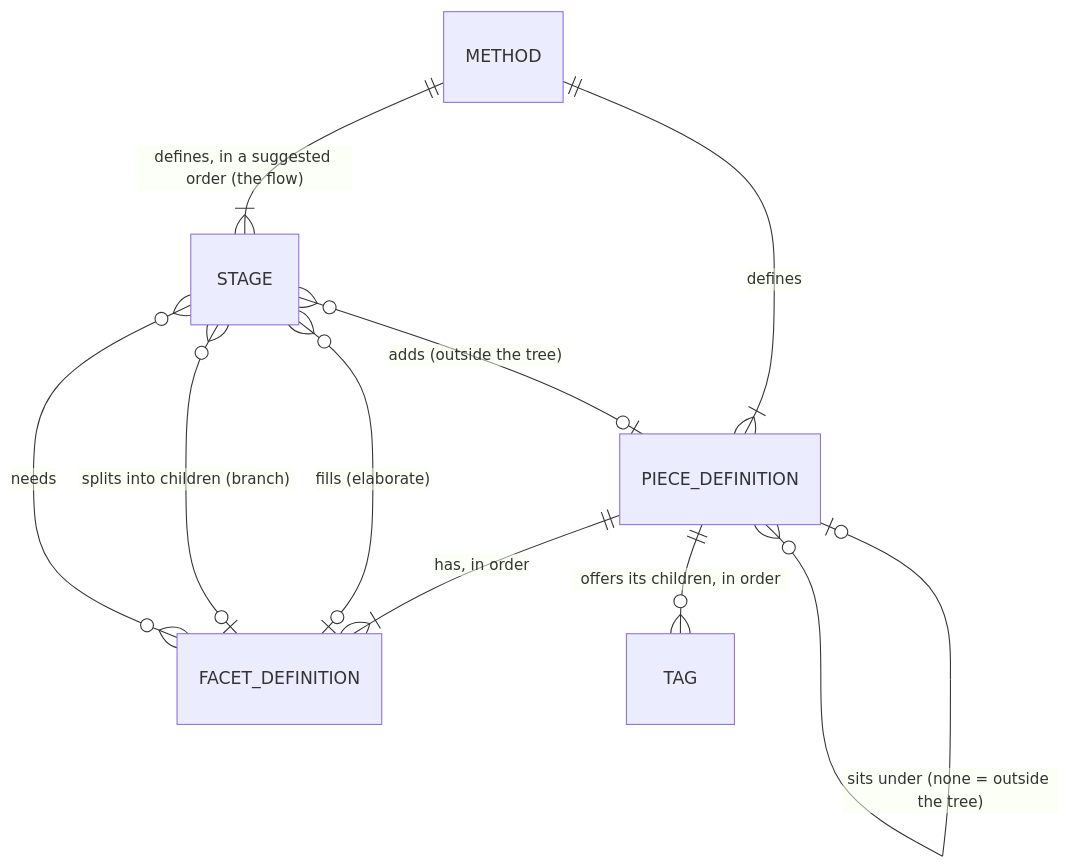
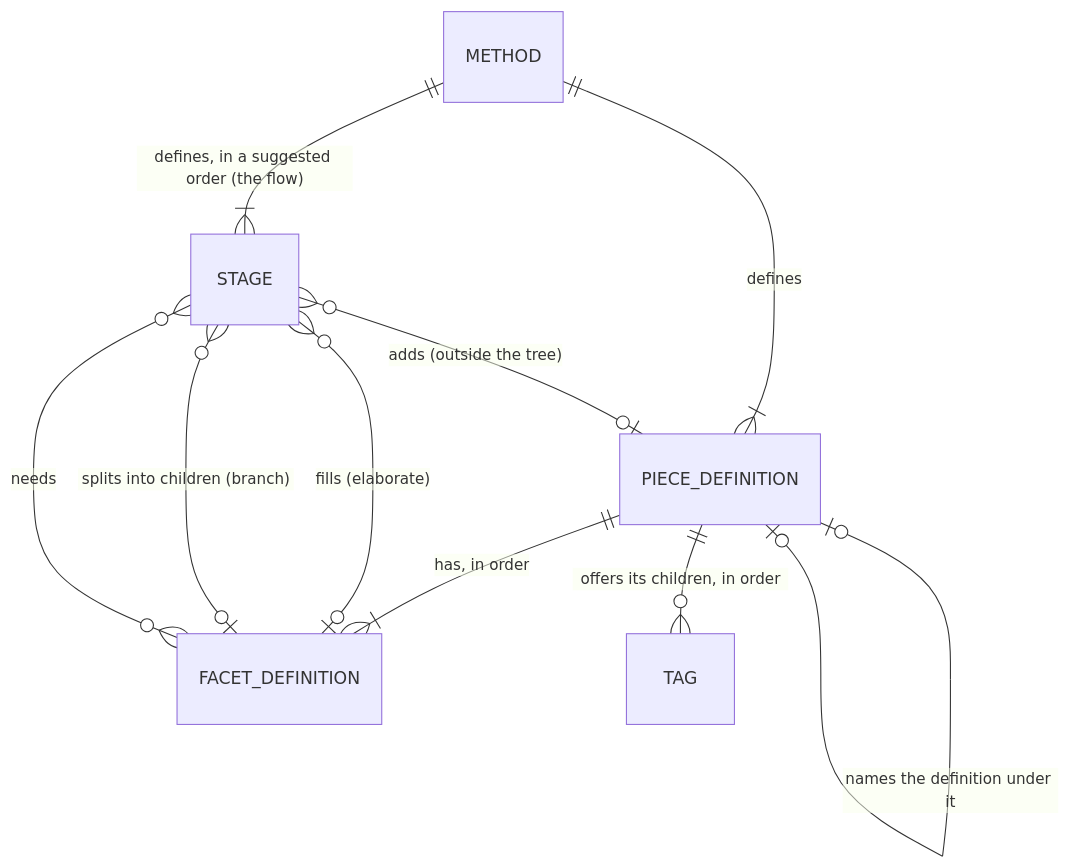
The first of 3 diagrams in docs/domain/model.md (yearofthedan/working-title), drawn with Mermaid before and after one commit. The commit also changed other lines of this file and 3 other files, not shown here.

````diff
--- a/docs/domain/model.md
+++ b/docs/domain/model.md
@@ -12,12 +12,12 @@
 ```mermaid
 erDiagram
   METHOD ||--|{ PIECE_DEFINITION : defines
   METHOD ||--|{ STAGE : "defines, in a suggested order (the flow)"
   PIECE_DEFINITION ||--|{ FACET_DEFINITION : "has, in order"
-  PIECE_DEFINITION |o--o{ PIECE_DEFINITION : "sits under (none = outside the tree)"
+  PIECE_DEFINITION |o--o| PIECE_DEFINITION : "names the definition under it"
   PIECE_DEFINITION ||--o{ TAG : "offers its children, in order"
   STAGE }o--o| FACET_DEFINITION : "fills (elaborate)"
   STAGE }o--o| FACET_DEFINITION : "splits into children (branch)"
   STAGE }o--o| PIECE_DEFINITION : "adds (outside the tree)"
   STAGE }o--o{ FACET_DEFINITION : needs
 ```
````
